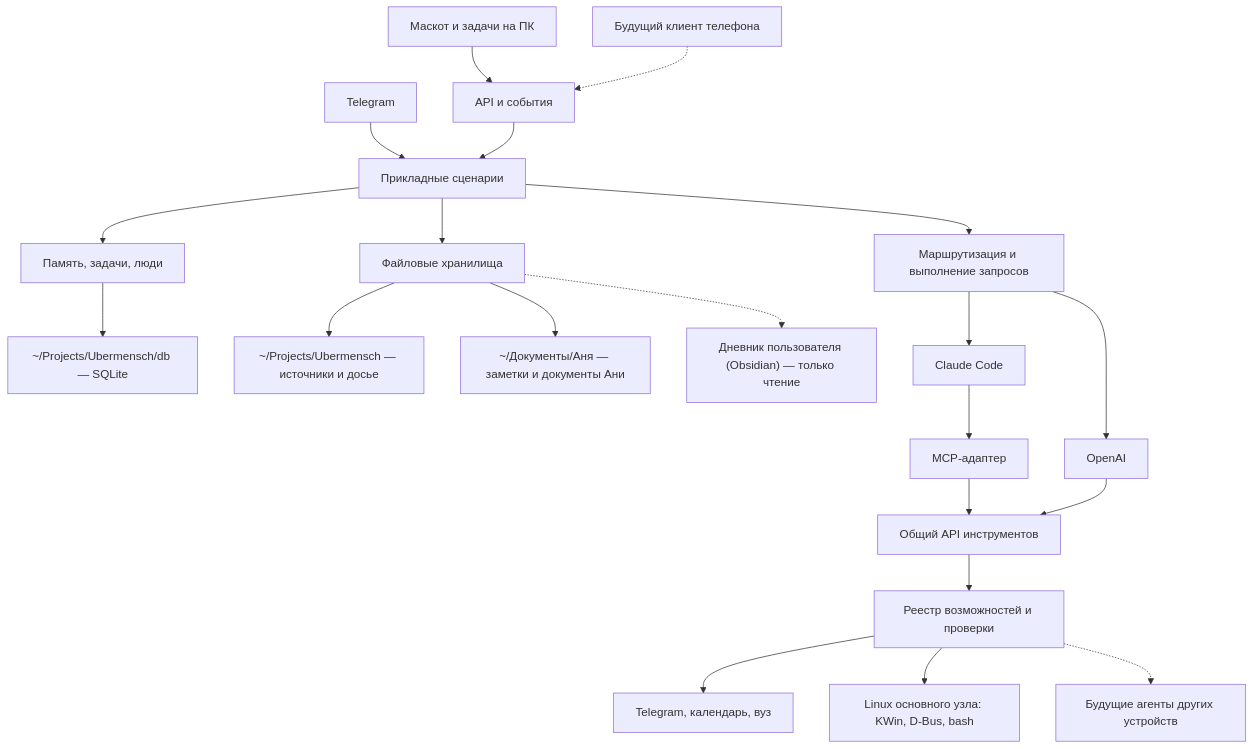
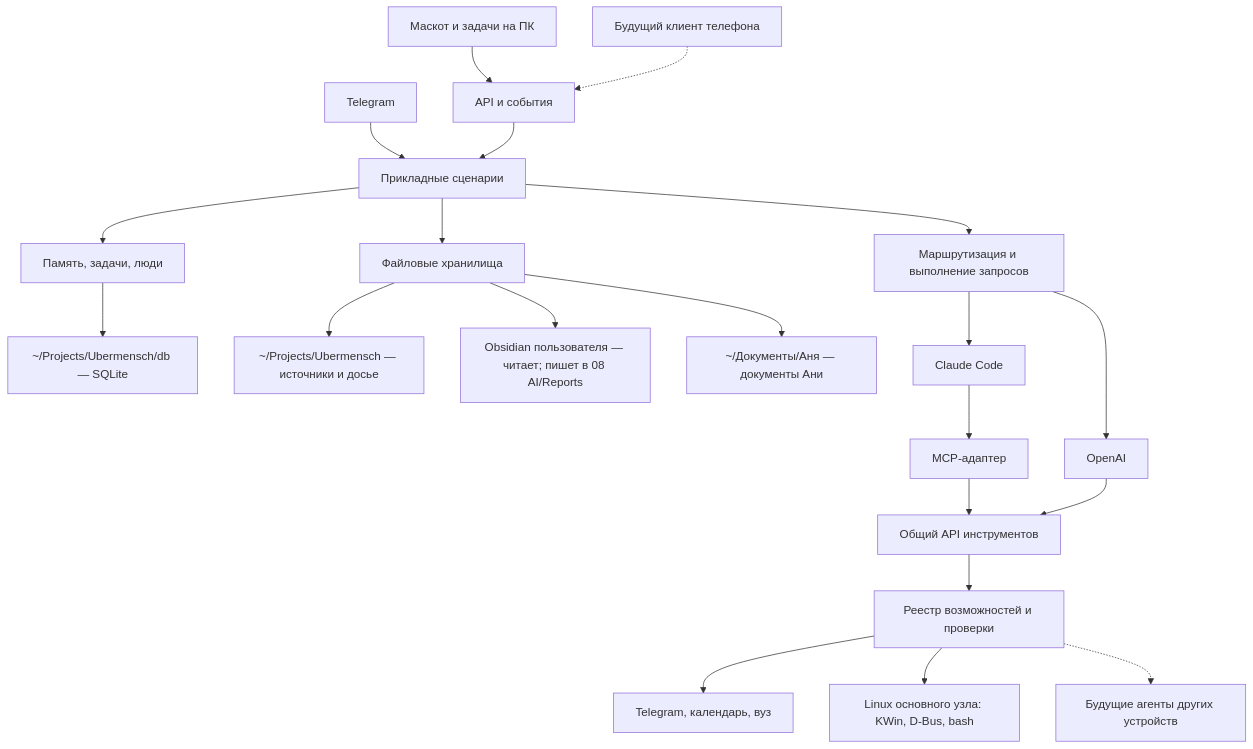
The diagram in docs/EVOLUTION.md (shibanalex/Ubermensch), drawn with Mermaid before and after one commit. The commit also changed other lines of this file and 44 other files, not shown here.

First line of the commit message:
Obsidian, виджет задач Plasma, управление рабочим столом и аниме-эмоции Ани

````diff
--- a/docs/EVOLUTION.md
+++ b/docs/EVOLUTION.md
@@ -19,23 +19,23 @@
 ```mermaid
 flowchart TD
     Desktop[Маскот и задачи на ПК] --> API[API и события]
     Telegram[Telegram] --> UseCases[Прикладные сценарии]
     Phone[Будущий клиент телефона] -.-> API
     API --> UseCases
     UseCases --> Memory[Память, задачи, люди]
     Memory --> Database["~/Projects/Ubermensch/db — SQLite"]
     UseCases --> Storage[Файловые хранилища]
     Storage --> DataFiles["~/Projects/Ubermensch — источники и досье"]
-    Storage --> Notes["~/Документы/Аня — заметки и документы Ани"]
-    Storage -.-> Diary["Дневник пользователя (Obsidian) — только чтение"]
+    Storage --> Vault["Obsidian пользователя — читает; пишет в 08 AI/Reports"]
+    Storage --> Notes["~/Документы/Аня — документы Ани"]
     UseCases --> Runtime[Маршрутизация и выполнение запросов]
     Runtime --> Claude[Claude Code]
     Runtime --> OpenAI[OpenAI]
     Claude --> MCP[MCP-адаптер]
     MCP --> ToolAPI[Общий API инструментов]
     OpenAI --> ToolAPI
     ToolAPI --> Capabilities[Реестр возможностей и проверки]
     Capabilities --> Integrations[Telegram, календарь, вуз]
     Capabilities --> Device[Linux основного узла: KWin, D-Bus, bash]
     Capabilities -.-> Remote[Будущие агенты других устройств]
 ```
````
